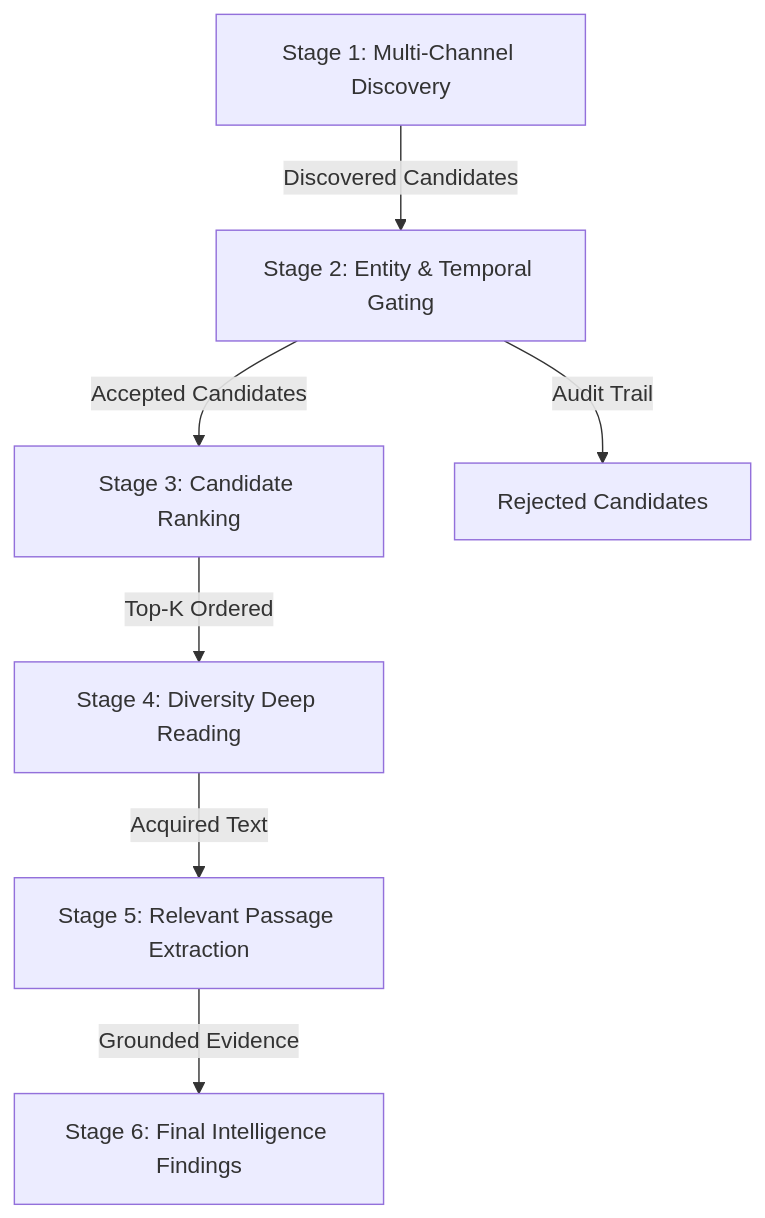
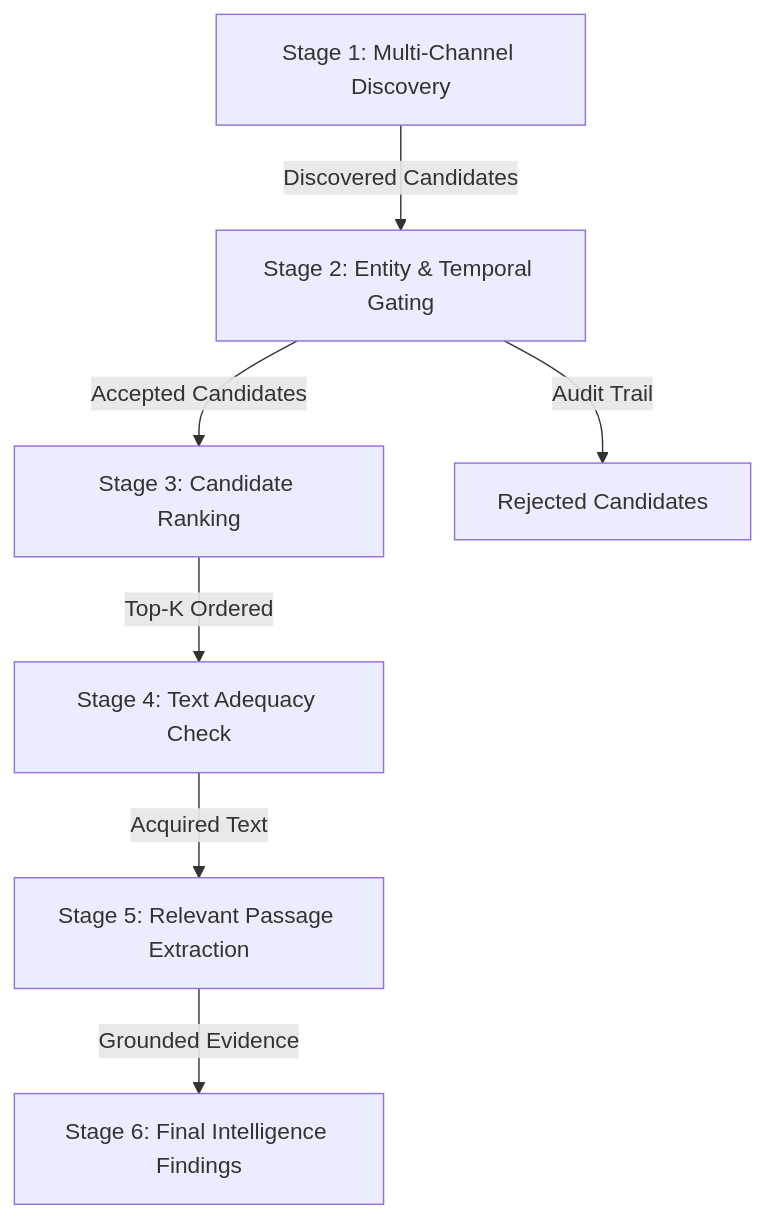
Before and after one commit to Shaunakrane914/Misinformation: the diagram in artifacts/live_retrieval_evaluation/retrieval_quality_report.md, drawn with Mermaid. The commit also changed other lines of this file and 13 other files, not shown here.

````diff
--- a/artifacts/live_retrieval_evaluation/retrieval_quality_report.md
+++ b/artifacts/live_retrieval_evaluation/retrieval_quality_report.md
@@ -26,9 +29,9 @@
 ```mermaid
 graph TD
     A[Stage 1: Multi-Channel Discovery] -->|Discovered Candidates| B[Stage 2: Entity & Temporal Gating]
     B -->|Accepted Candidates| C[Stage 3: Candidate Ranking]
     B -->|Audit Trail| REJ[Rejected Candidates]
-    C -->|Top-K Ordered| D[Stage 4: Diversity Deep Reading]
+    C -->|Top-K Ordered| D[Stage 4: Text Adequacy Check]
     D -->|Acquired Text| E[Stage 5: Relevant Passage Extraction]
     E -->|Grounded Evidence| F[Stage 6: Final Intelligence Findings]
 ```
````
